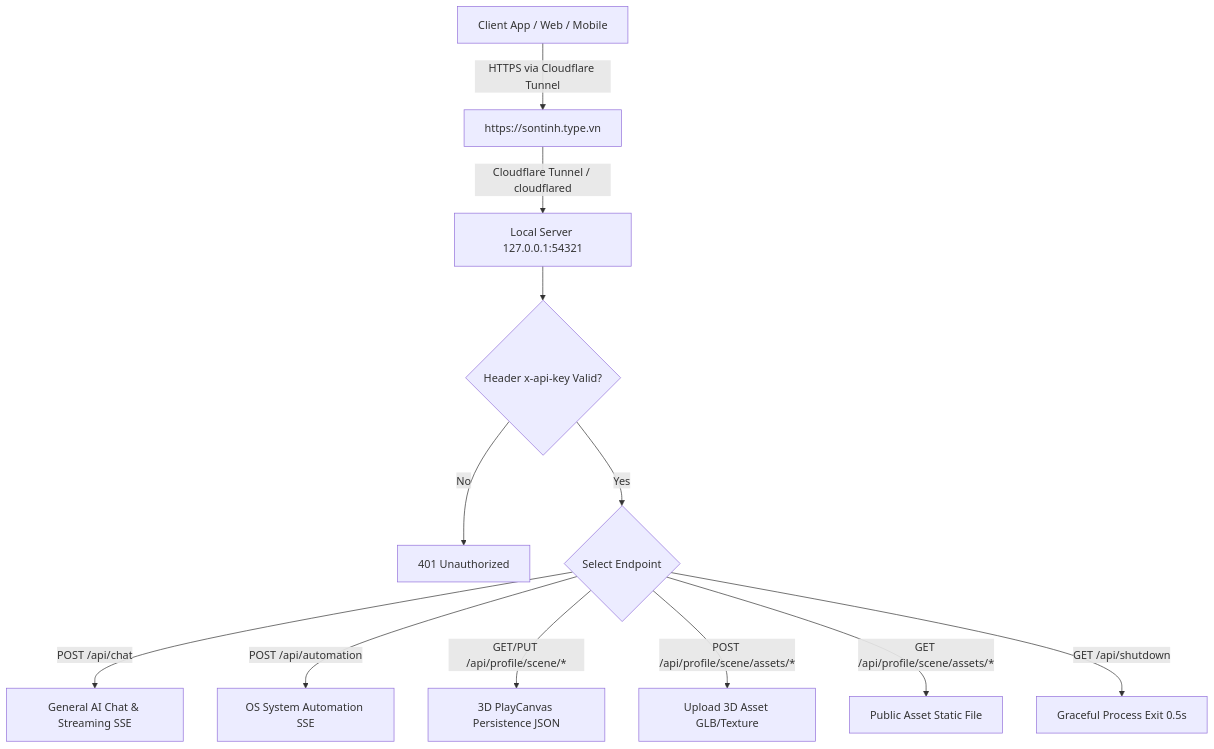
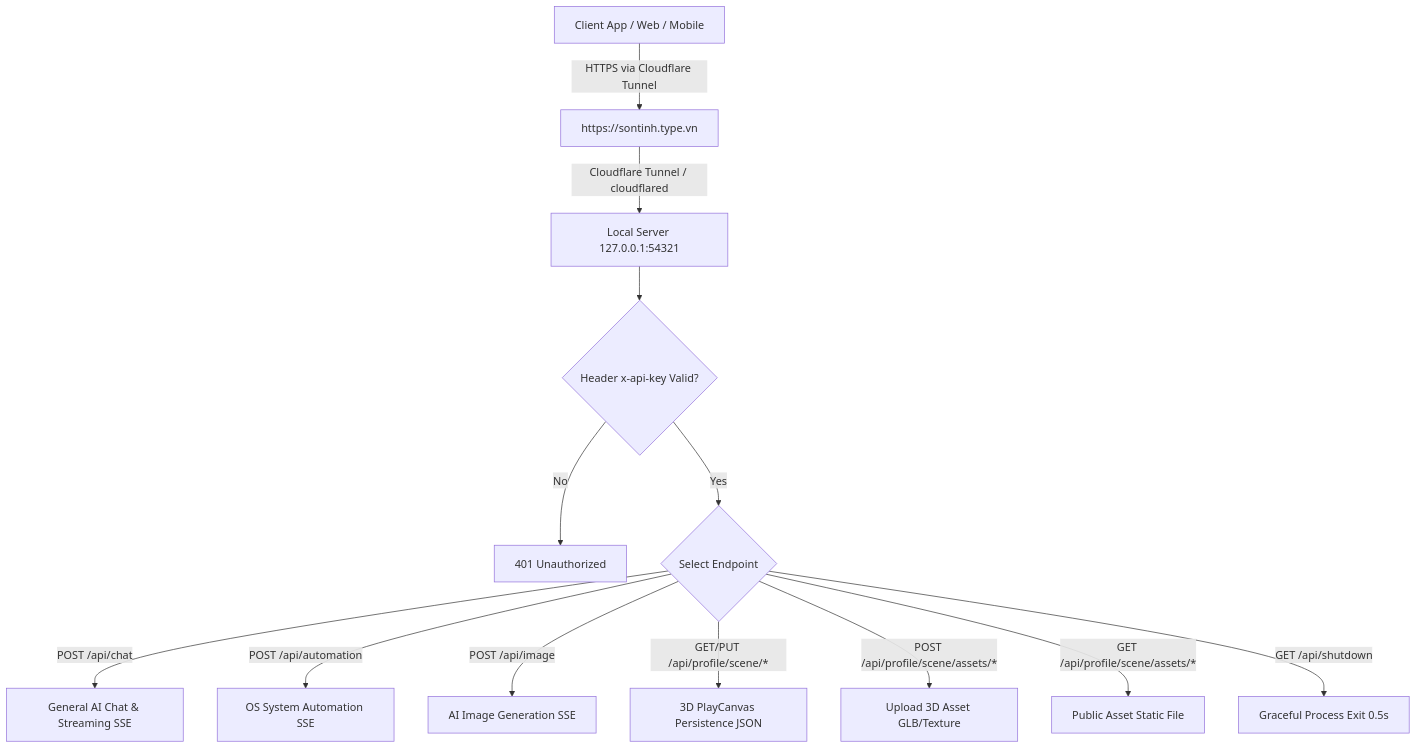
The diagram in agent/ai_agent_linux_rules.md (bienso629/ai.type.agent), drawn with Mermaid before and after one commit. The commit also changed other lines of this file and 3 other files, not shown here.

````diff
--- a/agent/ai_agent_linux_rules.md
+++ b/agent/ai_agent_linux_rules.md
@@ -95,16 +95,17 @@
 ```mermaid
 graph TD
     Client[Client App / Web / Mobile] -->|HTTPS via Cloudflare Tunnel| Domain[https://sontinh.type.vn]
     Domain -->|Cloudflare Tunnel / cloudflared| LocalServer[Local Server 127.0.0.1:54321]
     LocalServer --> AuthCheck{Header x-api-key Valid?}
     
     AuthCheck -- No --> R401[401 Unauthorized]
     AuthCheck -- Yes --> Route{Select Endpoint}
     
     Route -->|POST /api/chat| Chat[General AI Chat & Streaming SSE]
     Route -->|POST /api/automation| Auto[OS System Automation SSE]
+    Route -->|POST /api/image| ImageEp[AI Image Generation SSE]
     Route -->|GET/PUT /api/profile/scene/*| Profile[3D PlayCanvas Persistence JSON]
     Route -->|POST /api/profile/scene/assets/*| AssetUp[Upload 3D Asset GLB/Texture]
     Route -->|GET /api/profile/scene/assets/*| AssetGet[Public Asset Static File]
     Route -->|GET /api/shutdown| Shutdown[Graceful Process Exit 0.5s]
 ```
````
